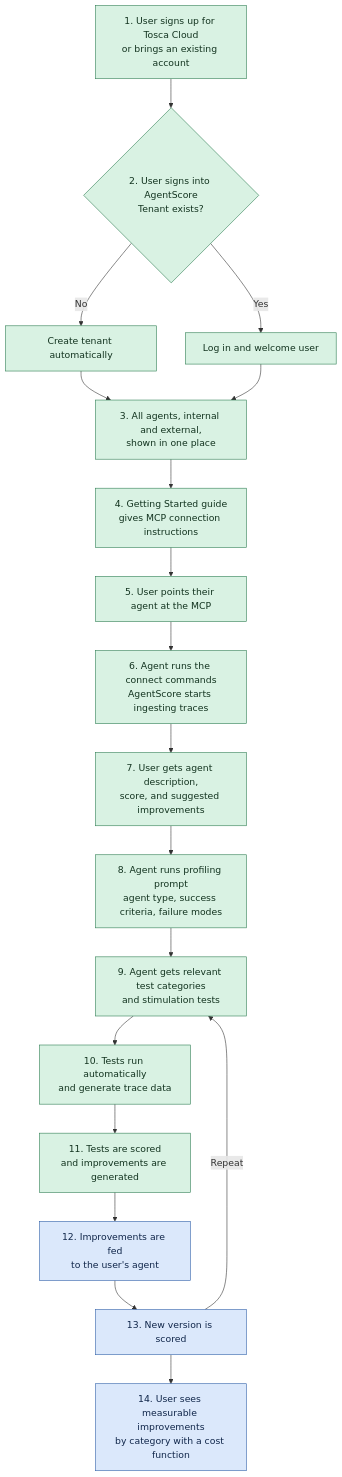
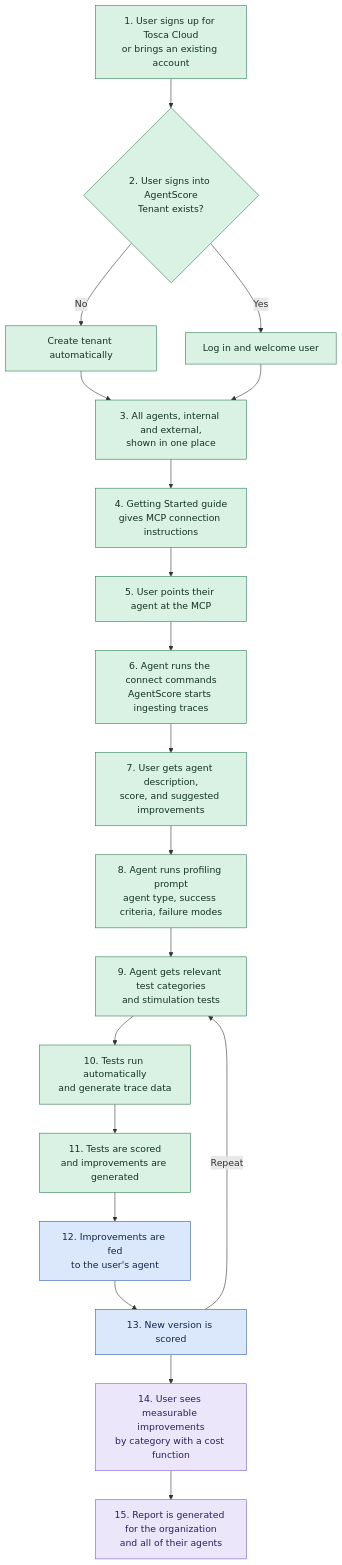
Before and after one commit to ADemers-tricentis/agent-score: the diagram in planning/roadmap/2026-10-14-agentscore-beta-roadmap.md, drawn with Mermaid. The commit also changed other lines of this file and 2 other files, not shown here.

Commit message:
Finished first now/next/later roadmap

````diff
--- a/planning/roadmap/2026-10-14-agentscore-beta-roadmap.md
+++ b/planning/roadmap/2026-10-14-agentscore-beta-roadmap.md
@@ -17,33 +20,36 @@
 ```mermaid
 flowchart TD
     S1["1. User signs up for Tosca Cloud<br/>or brings an existing account"]
     S2{"2. User signs into AgentScore<br/>Tenant exists?"}
     S2a["Create tenant automatically"]
     S2b["Log in and welcome user"]
     S3["3. All agents, internal and external,<br/>shown in one place"]
     S4["4. Getting Started guide<br/>gives MCP connection instructions"]
     S5["5. User points their agent at the MCP"]
     S6["6. Agent runs the connect commands<br/>AgentScore starts ingesting traces"]
     S7["7. User gets agent description,<br/>score, and suggested improvements"]
 
     S8["8. Agent runs profiling prompt<br/>agent type, success criteria, failure modes"]
     S9["9. Agent gets relevant test categories<br/>and stimulation tests"]
     S10["10. Tests run automatically<br/>and generate trace data"]
     S11["11. Tests are scored<br/>and improvements are generated"]
     S12["12. Improvements are fed<br/>to the user's agent"]
     S13["13. New version is scored"]
     S14["14. User sees measurable improvements<br/>by category with a cost function"]
+    S15["15. Report is generated for the organization<br/>and all of their agents"]
 
     S1 --> S2
     S2 -->|No| S2a --> S3
     S2 -->|Yes| S2b --> S3
     S3 --> S4 --> S5 --> S6 --> S7
     S7 --> S8 --> S9 --> S10 --> S11 --> S12 --> S13
     S13 -->|Repeat| S9
-    S13 --> S14
+    S13 --> S14 --> S15
 
     classDef now fill:#d9f2e3,stroke:#2e7d52,color:#12331f
     classDef next fill:#dbe8fb,stroke:#2f5fa8,color:#10264a
     class S1,S2,S2a,S2b,S3,S4,S5,S6,S7,S8,S9,S10,S11 now
-    class S12,S13,S14 next
+    classDef later fill:#ece6fa,stroke:#7a5bd0,color:#2e1f5e
+    class S12,S13 next
+    class S14,S15 later
 ```
````
